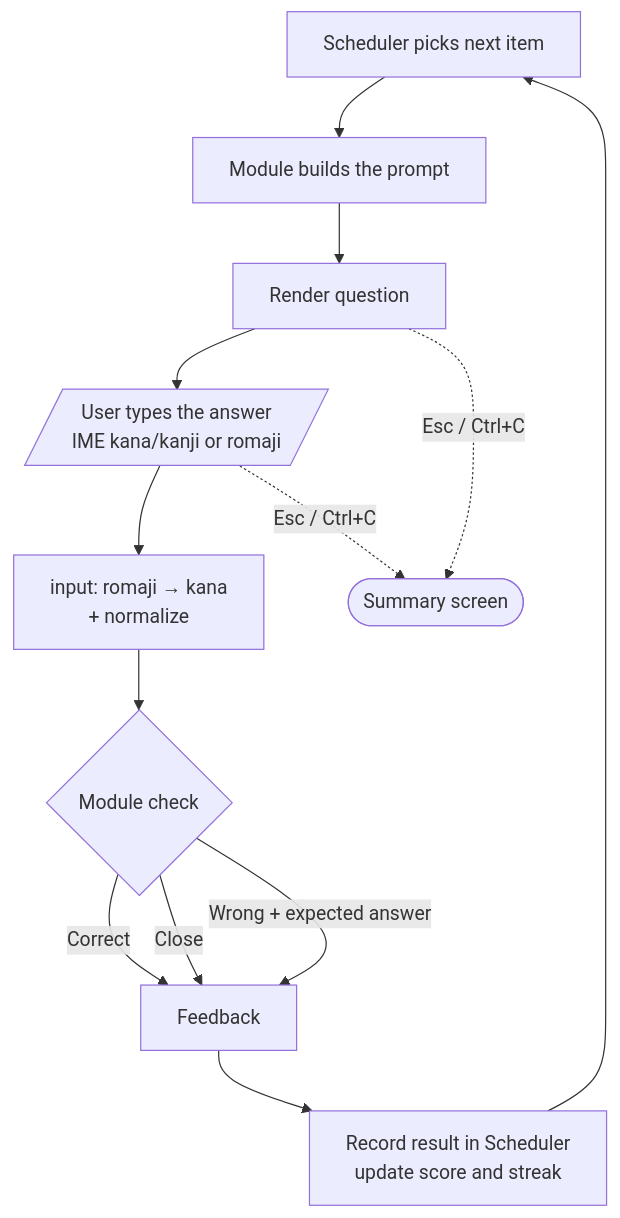
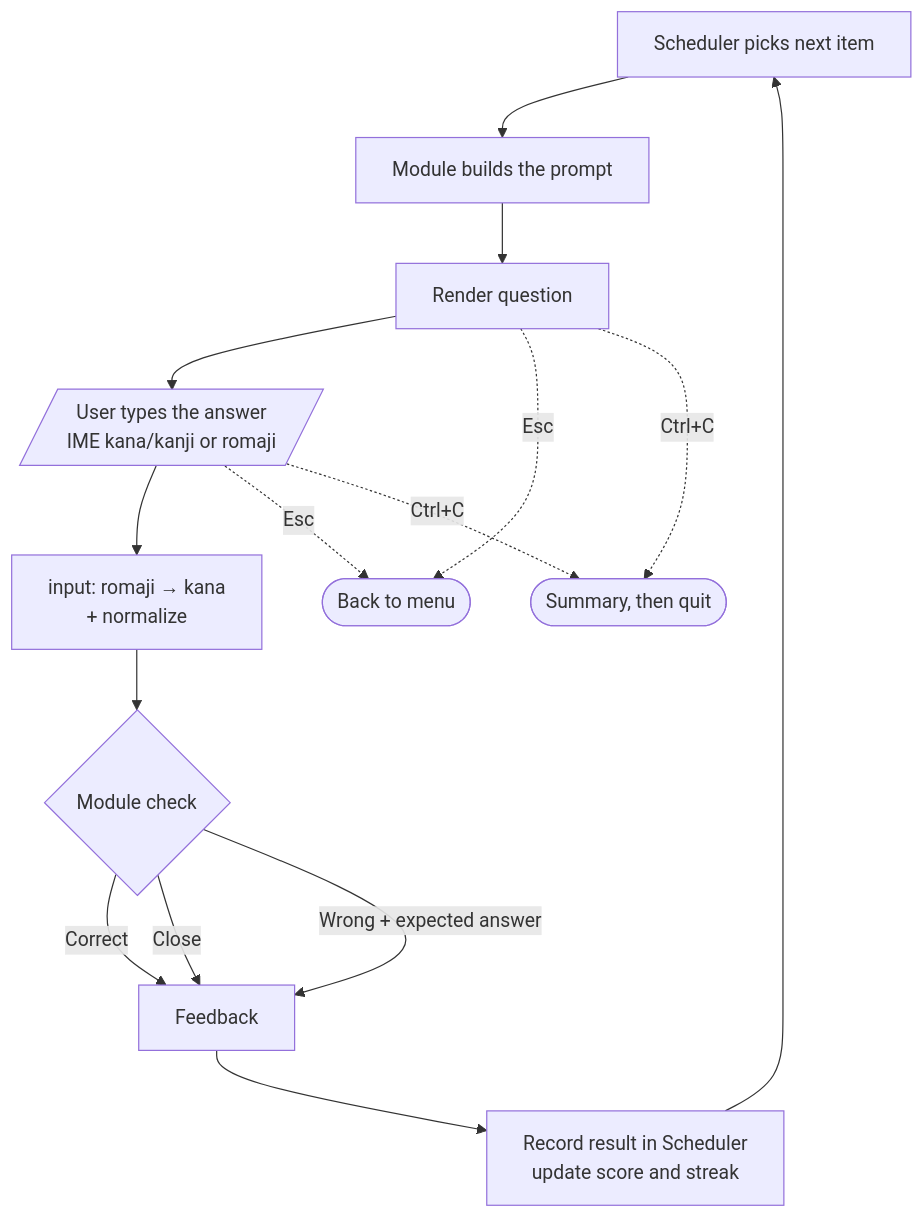
Before and after one commit to PandaCubGames/LearnJapaneseTui: the second of 4 diagrams in docs/architecture.md, drawn with Mermaid. The commit also changed other lines of this file, not shown here.

First line of the commit message:
docs(architecture): return to the menu with Esc during a session

````diff
--- a/docs/architecture.md
+++ b/docs/architecture.md
@@ -45,15 +46,17 @@
 ```mermaid
 flowchart TD
     A[Scheduler picks next item] --> B[Module builds the prompt]
     B --> C[Render question]
     C --> D[/User types the answer<br/>IME kana/kanji or romaji/]
     D --> E[input: romaji → kana<br/>+ normalize]
     E --> F{Module check}
     F -->|Correct| G[Feedback]
     F -->|Close| G
     F -->|Wrong + expected answer| G
     G --> H[Record result in Scheduler<br/>update score and streak]
     H --> A
-    C -. Esc / Ctrl+C .-> S([Summary screen])
-    D -. Esc / Ctrl+C .-> S
+    C -. Esc .-> M([Back to menu])
+    D -. Esc .-> M
+    C -. Ctrl+C .-> S([Summary, then quit])
+    D -. Ctrl+C .-> S
 ```
````
